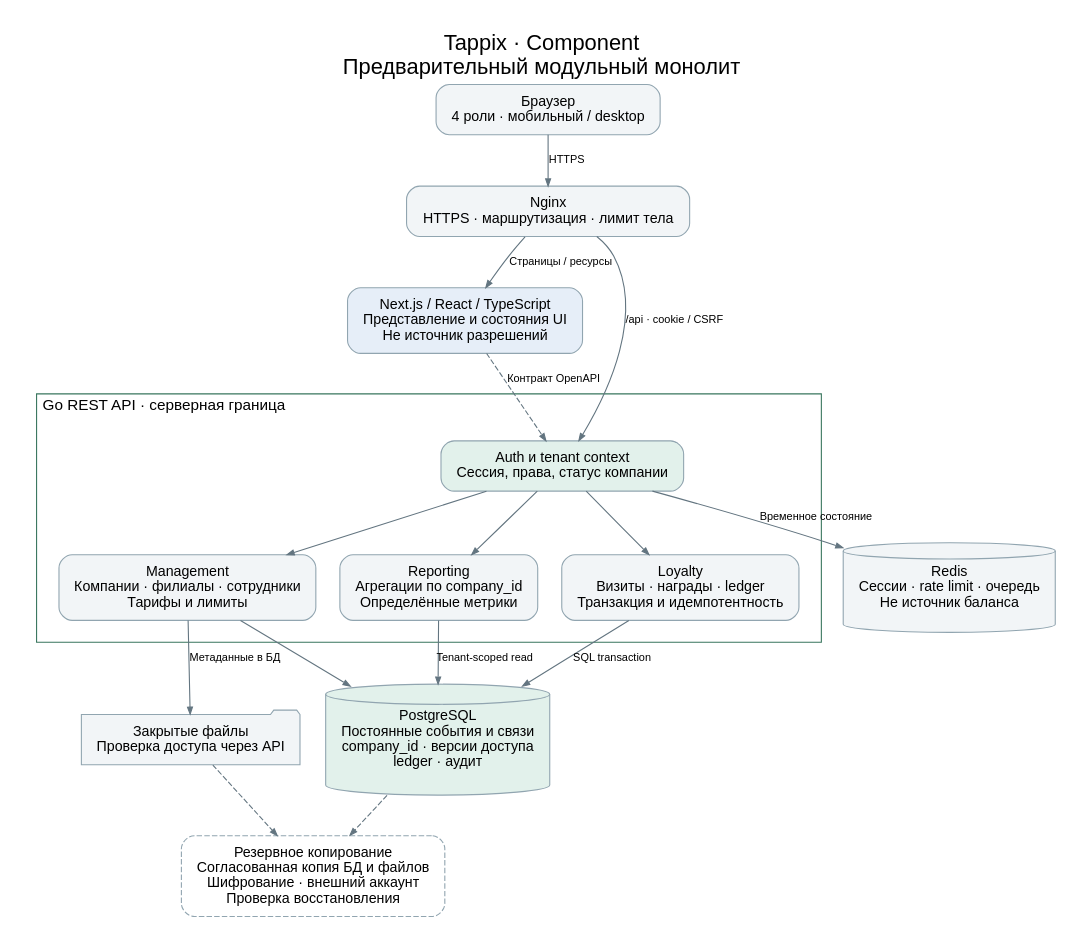
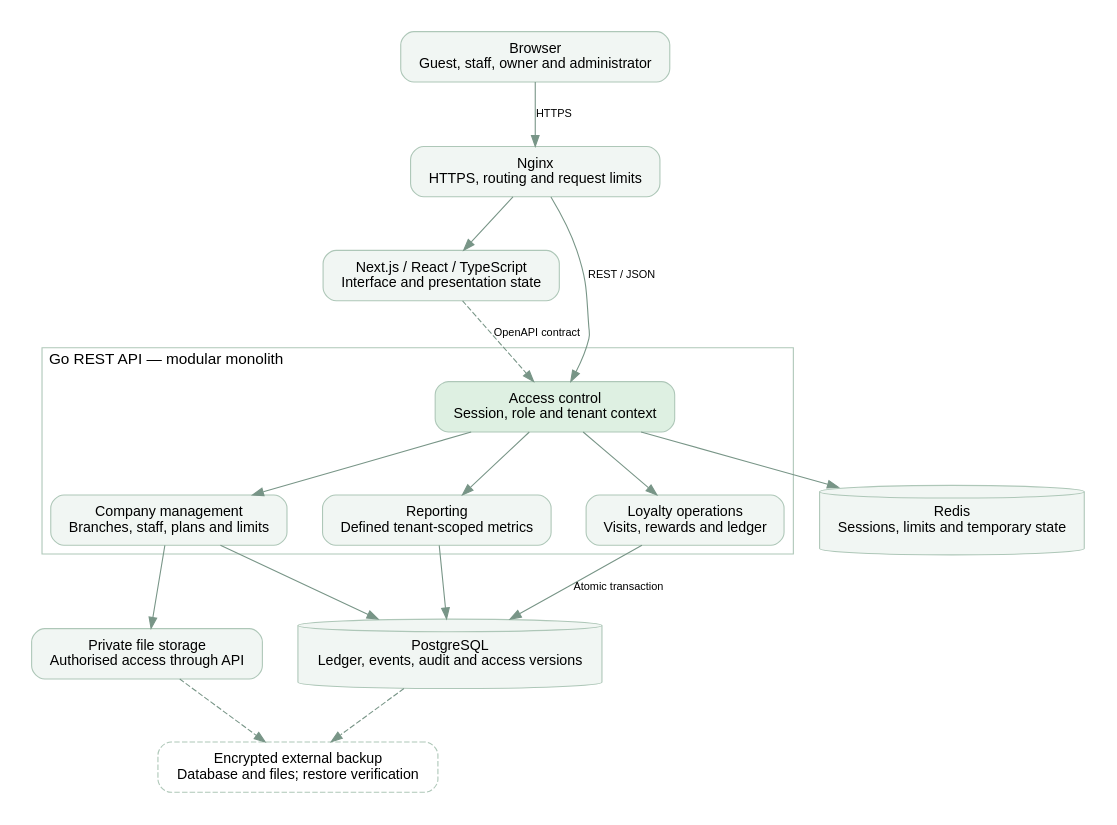
The diagram in diagrams/components.dot (islqdev/tappix-diploma), drawn with Graphviz before and after one commit. The commit also changed 42 other files, not shown here.

```diff
--- a/diagrams/components.dot
+++ b/diagrams/components.dot
@@ -1,30 +1,12 @@
-digraph Components {
-  graph [rankdir=TB, bgcolor="white", pad=0.25, nodesep=0.3, ranksep=0.5, fontname="Arial", label="Tappix · Component\nПредварительный модульный монолит", labelloc=t, fontsize=20];
-  node [shape=box, style="rounded,filled", fillcolor="#F2F5F7", color="#91A5B0", fontname="Arial", fontsize=13, margin="0.17,0.12"];
-  edge [fontname="Arial", fontsize=10, color="#637580", arrowsize=0.65];
-  browser [label="Браузер\n4 роли · мобильный / desktop"];
-  nginx [label="Nginx\nHTTPS · маршрутизация · лимит тела"];
-  next [label="Next.js / React / TypeScript\nПредставление и состояния UI\nНе источник разрешений", fillcolor="#E6EEF8"];
-  browser -> nginx [label="HTTPS"];
-  nginx -> next [label="Страницы / ресурсы"];
-  subgraph cluster_api {
-    label="Go REST API · серверная граница"; labeljust=l; fontsize=14; margin=20; color="#39765E"; fontname="Arial";
-    gate [label="Auth и tenant context\nСессия, права, статус компании", fillcolor="#E2F1EB"];
-    loyalty [label="Loyalty\nВизиты · награды · ledger\nТранзакция и идемпотентность"];
-    management [label="Management\nКомпании · филиалы · сотрудники\nТарифы и лимиты"];
-    reporting [label="Reporting\nАгрегации по company_id\nОпределённые метрики"];
-    gate -> loyalty; gate -> management; gate -> reporting;
-  }
-  nginx -> gate [label="/api · cookie / CSRF"];
-  next -> gate [style=dashed, label="Контракт OpenAPI"];
-  pg [shape=cylinder, label="PostgreSQL\nПостоянные события и связи\ncompany_id · версии доступа\nledger · аудит", fillcolor="#E2F1EB"];
-  redis [shape=cylinder, label="Redis\nСессии · rate limit · очередь\nНе источник баланса"];
-  files [shape=folder, label="Закрытые файлы\nПроверка доступа через API"];
-  loyalty -> pg [label="SQL transaction"];
-  management -> pg;
-  reporting -> pg [label="Tenant-scoped read"];
-  gate -> redis [label="Временное состояние"];
-  management -> files [label="Метаданные в БД"];
-  backups [label="Резервное копирование\nСогласованная копия БД и файлов\nШифрование · внешний аккаунт\nПроверка восстановления", style="rounded,dashed", fillcolor="white"];
-  pg -> backups [style=dashed]; files -> backups [style=dashed];
-}
+digraph G {graph [bgcolor="white",pad="0.3",nodesep="0.45",ranksep="0.65",fontname="Arial"]; node [shape=box,style="rounded,filled",fillcolor="#F1F6F3",color="#AEC7B8",fontname="Arial",fontsize=13,margin="0.18,0.12"]; edge [color="#789587",fontname="Arial",fontsize=10];rankdir=TB; browser [label="Browser
+Guest, staff, owner and administrator"]; nginx [label="Nginx
+HTTPS, routing and request limits"]; ui [label="Next.js / React / TypeScript
+Interface and presentation state"]; subgraph cluster_api {label="Go REST API — modular monolith";labeljust="l";fontname="Arial";color="#AEC7B8"; auth [label="Access control
+Session, role and tenant context",fillcolor="#DEF0E2"]; manage [label="Company management
+Branches, staff, plans and limits"]; loyalty [label="Loyalty operations
+Visits, rewards and ledger"]; reports [label="Reporting
+Defined tenant-scoped metrics"]; auth->manage;auth->loyalty;auth->reports;} pg [shape=cylinder,label="PostgreSQL
+Ledger, events, audit and access versions"]; redis [shape=cylinder,label="Redis
+Sessions, limits and temporary state"]; files [label="Private file storage
+Authorised access through API"]; backup [label="Encrypted external backup
+Database and files; restore verification",style="rounded,dashed"];browser->nginx [label="HTTPS"];nginx->ui;nginx->auth [label="REST / JSON"];ui->auth [style=dashed,label="OpenAPI contract"];auth->redis;manage->pg;loyalty->pg [label="Atomic transaction"];reports->pg;manage->files;pg->backup [style=dashed];files->backup [style=dashed];}
```
